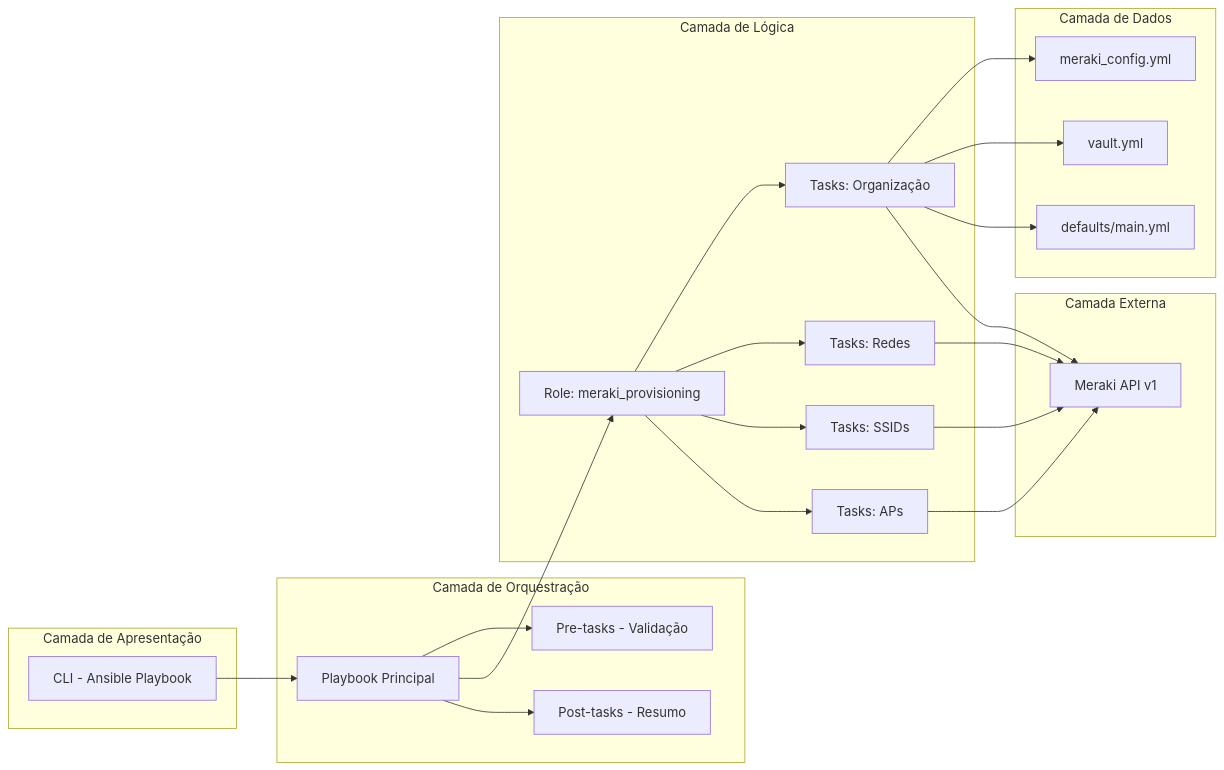
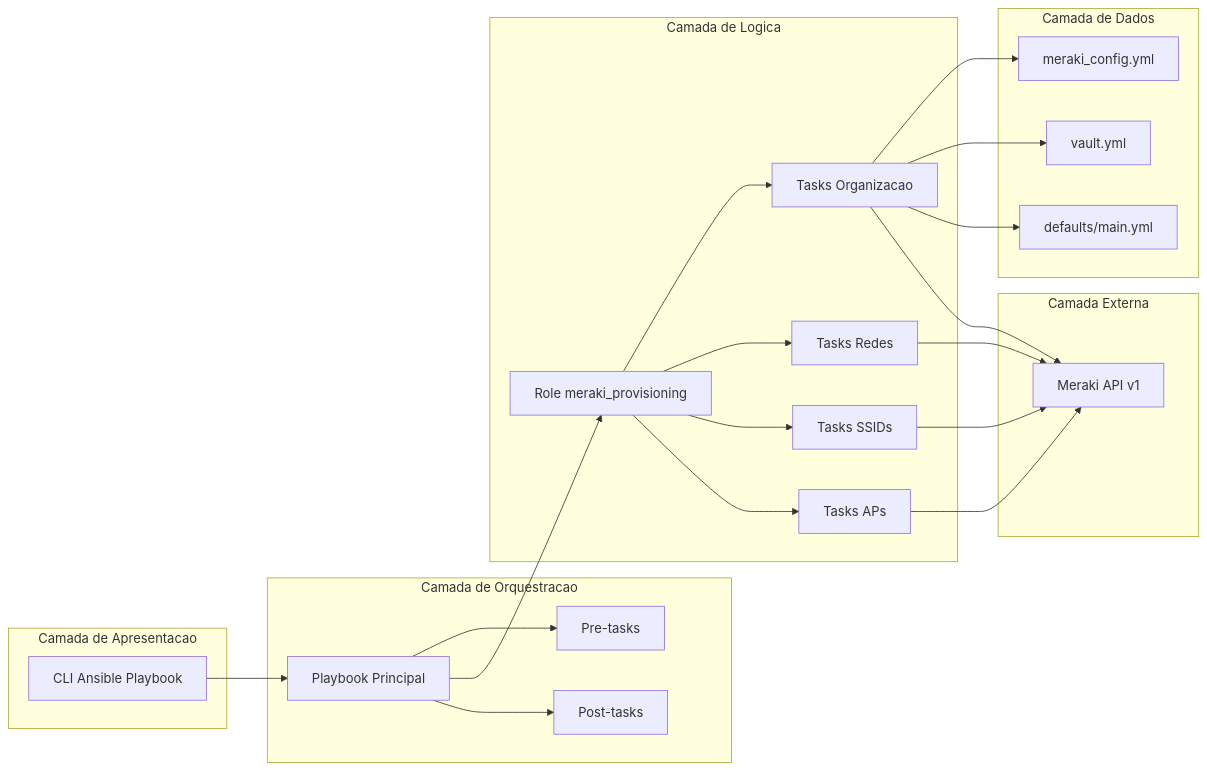
Before and after one commit to rodrigo-freitas-com/meraki-ansible: the third of 13 diagrams in docs/system-modeling.md, drawn with Mermaid. The commit also changed other lines of this file, not shown here.

````diff
--- a/docs/system-modeling.md
+++ b/docs/system-modeling.md
@@ -110,46 +110,46 @@
 ```mermaid
 graph LR
-    subgraph "Camada de Apresentação"
-        A[CLI - Ansible Playbook]
+    subgraph Presentation[Camada de Apresentacao]
+        A[CLI Ansible Playbook]
     end
 
-    subgraph "Camada de Orquestração"
+    subgraph Orchestration[Camada de Orquestracao]
         B[Playbook Principal]
-        C[Pre-tasks - Validação]
-        D[Post-tasks - Resumo]
+        C[Pre-tasks]
+        D[Post-tasks]
     end
 
-    subgraph "Camada de Lógica"
-        E[Role: meraki_provisioning]
-        F[Tasks: Organização]
-        G[Tasks: Redes]
-        H[Tasks: SSIDs]
-        I[Tasks: APs]
+    subgraph Logic[Camada de Logica]
+        E[Role meraki_provisioning]
+        F[Tasks Organizacao]
+        G[Tasks Redes]
+        H[Tasks SSIDs]
+        I[Tasks APs]
     end
 
-    subgraph "Camada de Dados"
+    subgraph Data[Camada de Dados]
         J[meraki_config.yml]
         K[vault.yml]
         L[defaults/main.yml]
     end
 
-    subgraph "Camada Externa"
+    subgraph External[Camada Externa]
         M[Meraki API v1]
     end
 
     A --> B
     B --> C
     B --> E
     B --> D
     E --> F
     E --> G
     E --> H
     E --> I
     F --> J
     F --> K
     F --> L
     F --> M
     G --> M
     H --> M
     I --> M
 ```
````
